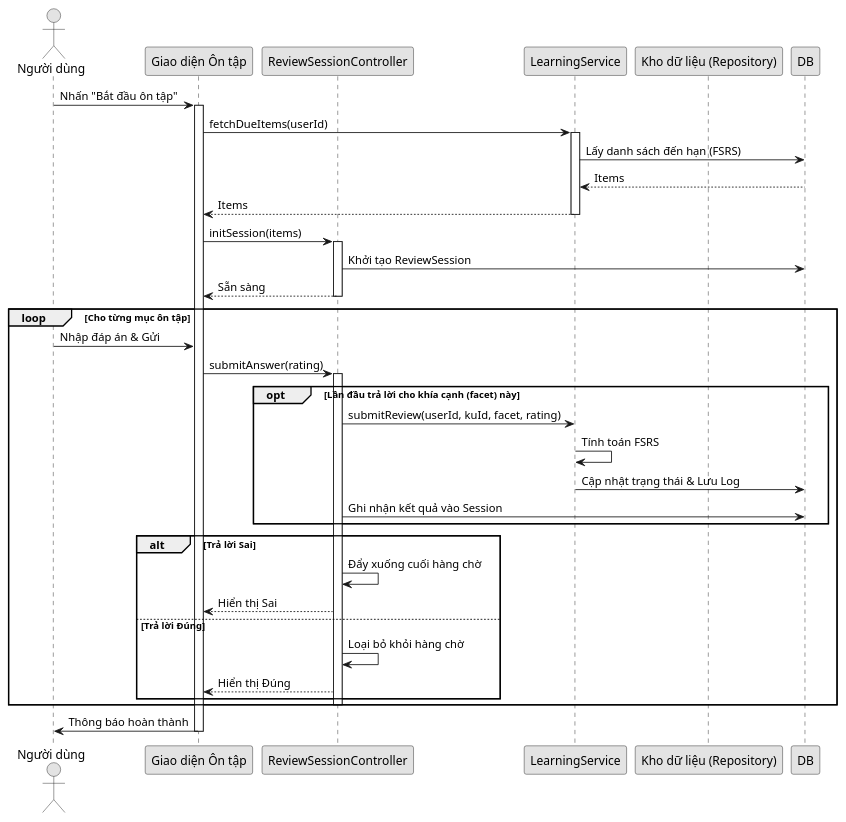
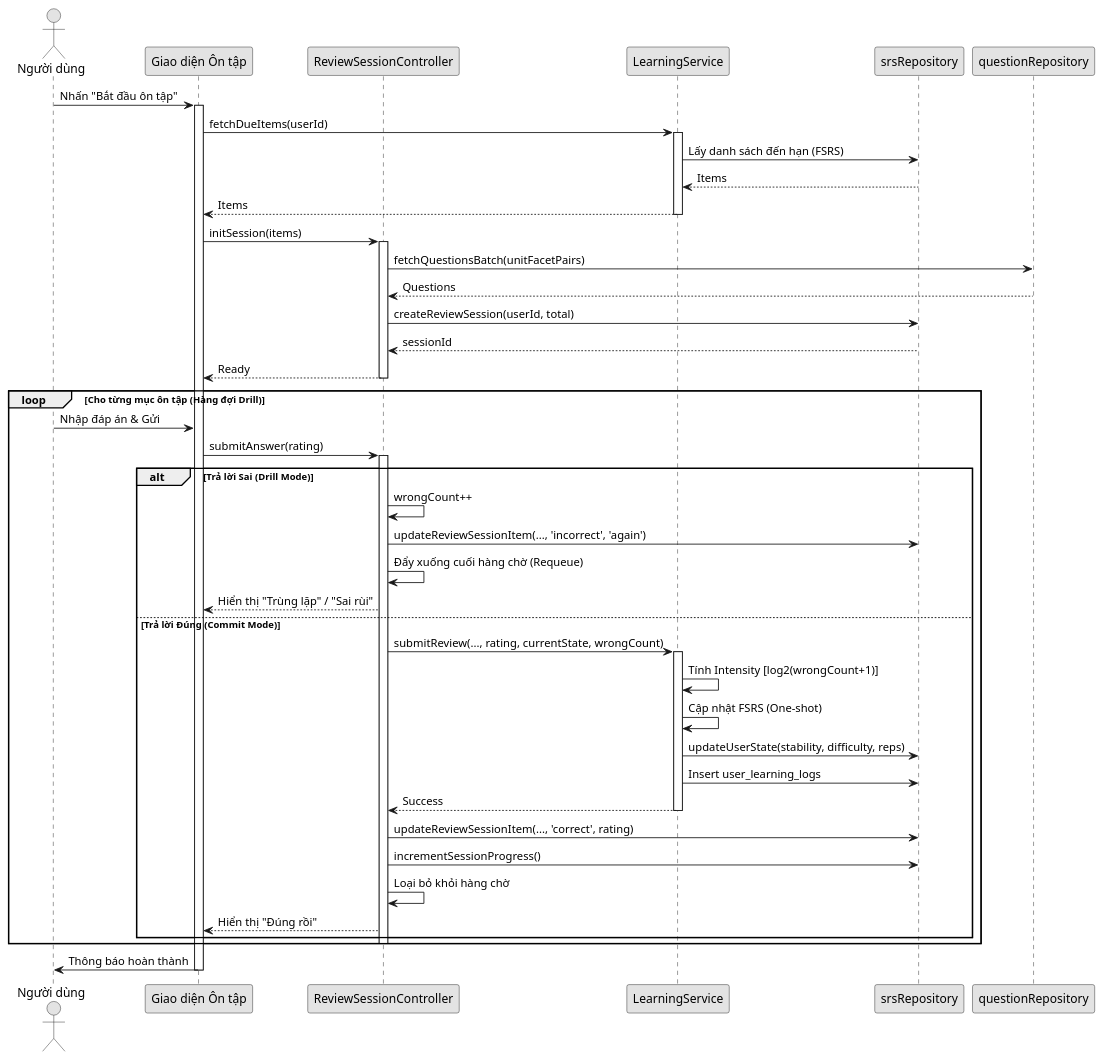
Before and after one commit to anhtranguyen-github/Hanachan: the diagram in docs/uncertain/sequence/review_sequence.puml, drawn with PlantUML. The commit also changed 20 other files, not shown here.

First line of the commit message:
docs(arch): update ER and package diagrams for Hanachan v2

```diff
--- a/docs/uncertain/sequence/review_sequence.puml
+++ b/docs/uncertain/sequence/review_sequence.puml
@@ -1,52 +1,62 @@
 @startuml Review Sequence
 skinparam monochrome true
 skinparam shadowing false
 skinparam defaultFontName "Segoe UI"
 
 actor "Người dùng" as User
 participant "Giao diện Ôn tập" as UI
 participant "ReviewSessionController" as Controller
 participant "LearningService" as Service
-participant "Kho dữ liệu (Repository)" as Repo
+participant "srsRepository" as SRSRepo
+participant "questionRepository" as QRepo
 
 User -> UI : Nhấn "Bắt đầu ôn tập"
 activate UI
 UI -> Service : fetchDueItems(userId)
 activate Service
-Service -> DB : Lấy danh sách đến hạn (FSRS)
-DB --> Service : Items
+Service -> SRSRepo : Lấy danh sách đến hạn (FSRS)
+SRSRepo --> Service : Items
 Service --> UI : Items
 deactivate Service
 
 UI -> Controller : initSession(items)
 activate Controller
-Controller -> DB : Khởi tạo ReviewSession
-Controller --> UI : Sẵn sàng
+Controller -> QRepo : fetchQuestionsBatch(unitFacetPairs)
+QRepo --> Controller : Questions
+Controller -> SRSRepo : createReviewSession(userId, total)
+SRSRepo --> Controller : sessionId
+Controller --> UI : Ready
 deactivate Controller
 
-loop Cho từng mục ôn tập
+loop Cho từng mục ôn tập (Hàng đợi Drill)
     User -> UI : Nhập đáp án & Gửi
     UI -> Controller : submitAnswer(rating)
     activate Controller
     
-    opt Lần đầu trả lời cho khía cạnh (facet) này
-        Controller -> Service : submitReview(userId, kuId, facet, rating)
-        Service -> Service : Tính toán FSRS
-        Service -> DB : Cập nhật trạng thái & Lưu Log
-        Controller -> DB : Ghi nhận kết quả vào Session
-    end
-
-    alt Trả lời Sai
-        Controller -> Controller : Đẩy xuống cuối hàng chờ
-        Controller --> UI : Hiển thị Sai
-    else Trả lời Đúng
+    alt Trả lời Sai (Drill Mode)
+        Controller -> Controller : wrongCount++
+        Controller -> SRSRepo : updateReviewSessionItem(..., 'incorrect', 'again')
+        Controller -> Controller : Đẩy xuống cuối hàng chờ (Requeue)
+        Controller --> UI : Hiển thị "Trùng lặp" / "Sai rùi"
+    else Trả lời Đúng (Commit Mode)
+        Controller -> Service : submitReview(..., rating, currentState, wrongCount)
+        activate Service
+        Service -> Service : Tính Intensity [log2(wrongCount+1)]
+        Service -> Service : Cập nhật FSRS (One-shot)
+        Service -> SRSRepo : updateUserState(stability, difficulty, reps)
+        Service -> SRSRepo : Insert user_learning_logs
+        Service --> Controller : Success
+        deactivate Service
+        
+        Controller -> SRSRepo : updateReviewSessionItem(..., 'correct', rating)
+        Controller -> SRSRepo : incrementSessionProgress()
         Controller -> Controller : Loại bỏ khỏi hàng chờ
-        Controller --> UI : Hiển thị Đúng
+        Controller --> UI : Hiển thị "Đúng rồi"
     end
     deactivate Controller
 end
 
 UI -> User : Thông báo hoàn thành
 deactivate UI
 
 @enduml
```
